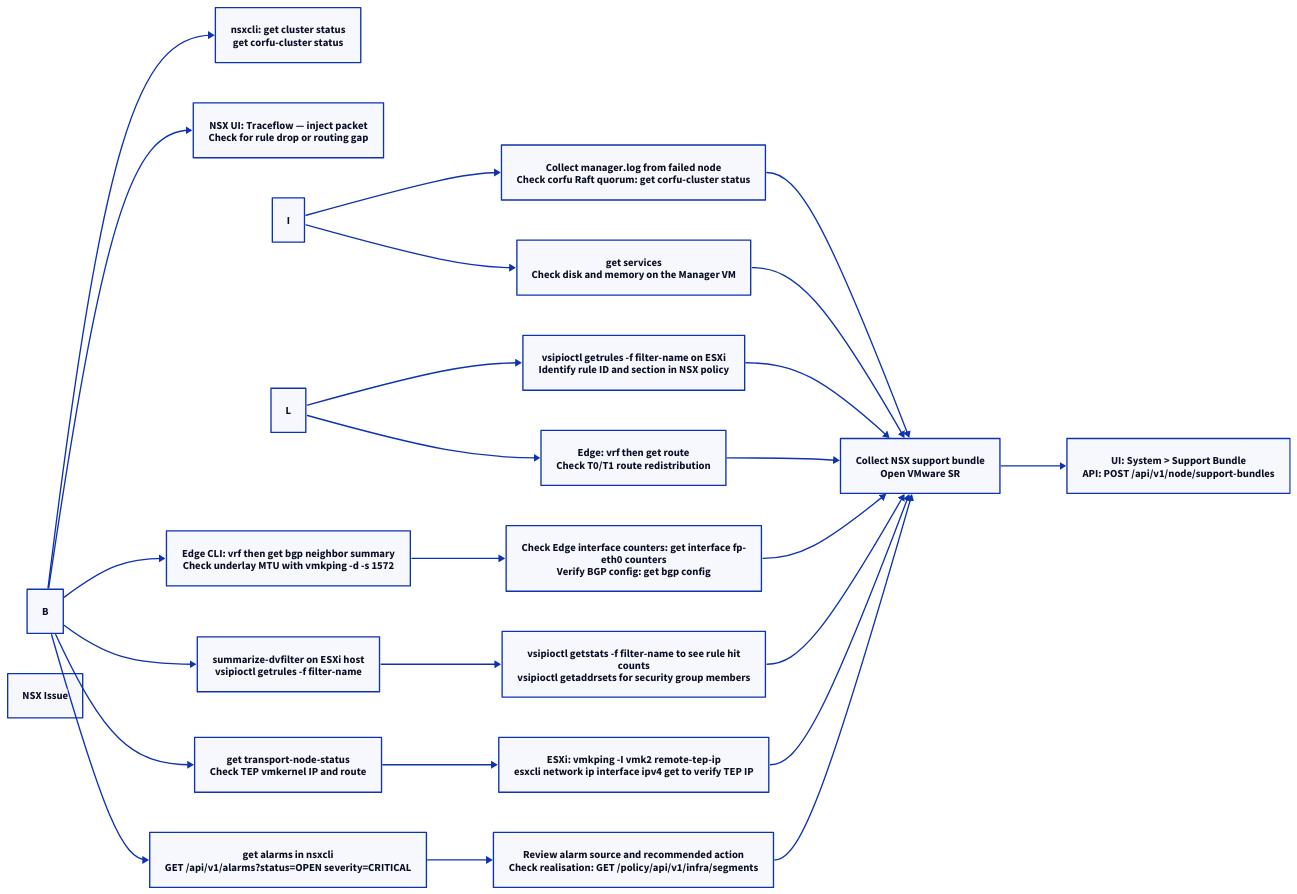
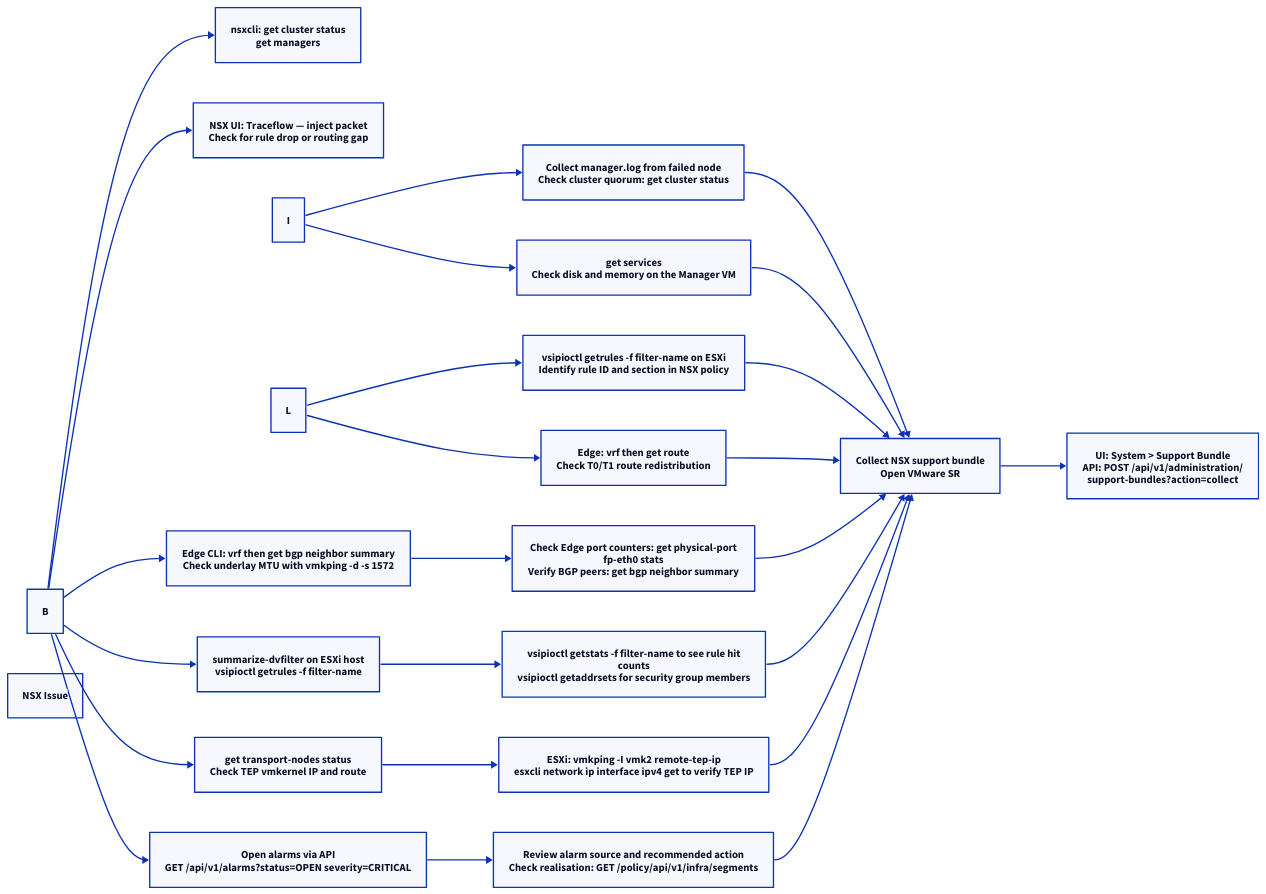
The first of 2 diagrams in docs/virtualization/vmware/products/nsx/troubleshooting/diagnostics.md (canast01/chris-kb), drawn with D2 before and after one commit. The commit also changed other lines of this file and 141 other files, not shown here.

````diff
--- a/docs/virtualization/vmware/products/nsx/troubleshooting/diagnostics.md
+++ b/docs/virtualization/vmware/products/nsx/troubleshooting/diagnostics.md
@@ -20,48 +20,48 @@
 ```d2
 direction: right
 
 B: "B" {shape: rectangle}
-C: "nsxcli: get cluster status\nget corfu-cluster status" {shape: rectangle}
+C: "nsxcli: get cluster status\nget managers" {shape: rectangle}
 D: "NSX UI: Traceflow — inject packet\nCheck for rule drop or routing gap" {shape: rectangle}
 E: "Edge CLI: vrf then get bgp neighbor summary\nCheck underlay MTU with vmkping -d -s 1572" {shape: rectangle}
 F: "summarize-dvfilter on ESXi host\nvsipioctl getrules -f filter-name" {shape: rectangle}
-G: "get transport-node-status\nCheck TEP vmkernel IP and route" {shape: rectangle}
-H: "get alarms in nsxcli\nGET /api/v1/alarms?status=OPEN severity=CRITICAL" {shape: rectangle}
+G: "get transport-nodes status\nCheck TEP vmkernel IP and route" {shape: rectangle}
+H: "Open alarms via API\nGET /api/v1/alarms?status=OPEN severity=CRITICAL" {shape: rectangle}
 I: "I" {shape: rectangle}
-J: "Collect manager.log from failed node\nCheck corfu Raft quorum: get corfu-cluster status" {shape: rectangle}
+J: "Collect manager.log from failed node\nCheck cluster quorum: get cluster status" {shape: rectangle}
 K: "get services\nCheck disk and memory on the Manager VM" {shape: rectangle}
 L: "L" {shape: rectangle}
 M: "vsipioctl getrules -f filter-name on ESXi\nIdentify rule ID and section in NSX policy" {shape: rectangle}
 N: "Edge: vrf then get route\nCheck T0/T1 route redistribution" {shape: rectangle}
-O: "Check Edge interface counters: get interface fp-\neth0 counters\nVerify BGP config: get bgp config" {shape: rectangle}
+O: "Check Edge port counters: get physical-port\nfp-eth0 stats\nVerify BGP peers: get bgp neighbor summary" {shape: rectangle}
 P: "vsipioctl getstats -f filter-name to see rule hit\ncounts\nvsipioctl getaddrsets for security group members" {shape: rectangle}
 Q: "ESXi: vmkping -I vmk2 remote-tep-ip\nesxcli network ip interface ipv4 get to verify TEP IP" {shape: rectangle}
 R: "Review alarm source and recommended action\nCheck realisation: GET /policy/api/v1/infra/segments" {shape: rectangle}
 S: "Collect NSX support bundle\nOpen VMware SR" {shape: rectangle}
-T: "UI: System > Support Bundle\nAPI: POST /api/v1/node/support-bundles" {shape: rectangle}
+T: "UI: System > Support Bundle\nAPI: POST /api/v1/administration/\nsupport-bundles?action=collect" {shape: rectangle}
 A: "NSX Issue" {shape: rectangle}
 
 B -> C
 B -> D
 B -> E
 B -> F
 B -> G
 B -> H
 I -> J
 I -> K
 L -> M
 L -> N
 E -> O
 F -> P
 G -> Q
 H -> R
 J -> S
 K -> S
 M -> S
 N -> S
 O -> S
 P -> S
 Q -> S
 R -> S
 S -> T
 ```
````
